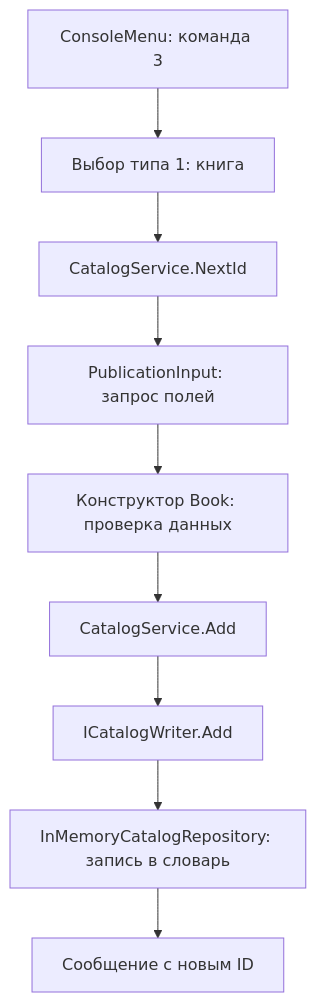
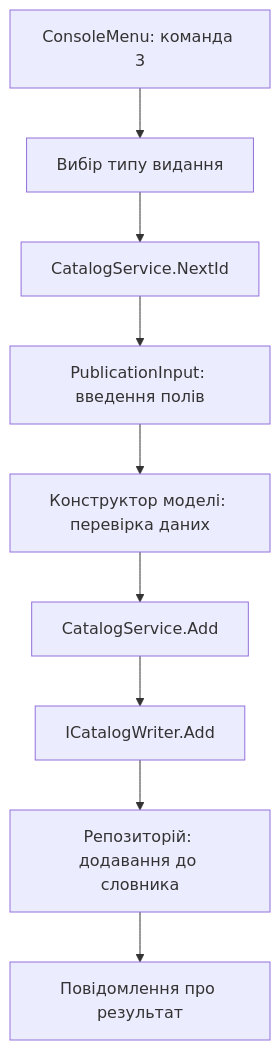
One commit to MykhailykMaks/Design-Patterns changed the diagram in lab01-solid/docs/EXPLANATION.md. Above: the diagram before and after it, drawn with Mermaid. The commit also changed other lines of this file and 6 other files, not shown here.

````diff
--- a/lab01-solid/docs/EXPLANATION.md
+++ b/lab01-solid/docs/EXPLANATION.md
@@ -63,11 +81,11 @@
 ```mermaid
 flowchart TD
-    A[ConsoleMenu: команда 3] --> B[Выбор типа 1: книга]
+    A[ConsoleMenu: команда 3] --> B[Вибір типу видання]
     B --> C[CatalogService.NextId]
-    C --> D[PublicationInput: запрос полей]
-    D --> E[Конструктор Book: проверка данных]
+    C --> D[PublicationInput: введення полів]
+    D --> E[Конструктор моделі: перевірка даних]
     E --> F[CatalogService.Add]
     F --> G[ICatalogWriter.Add]
-    G --> H[InMemoryCatalogRepository: запись в словарь]
-    H --> I[Сообщение с новым ID]
+    G --> H[Репозиторій: додавання до словника]
+    H --> I[Повідомлення про результат]
 ```
````
